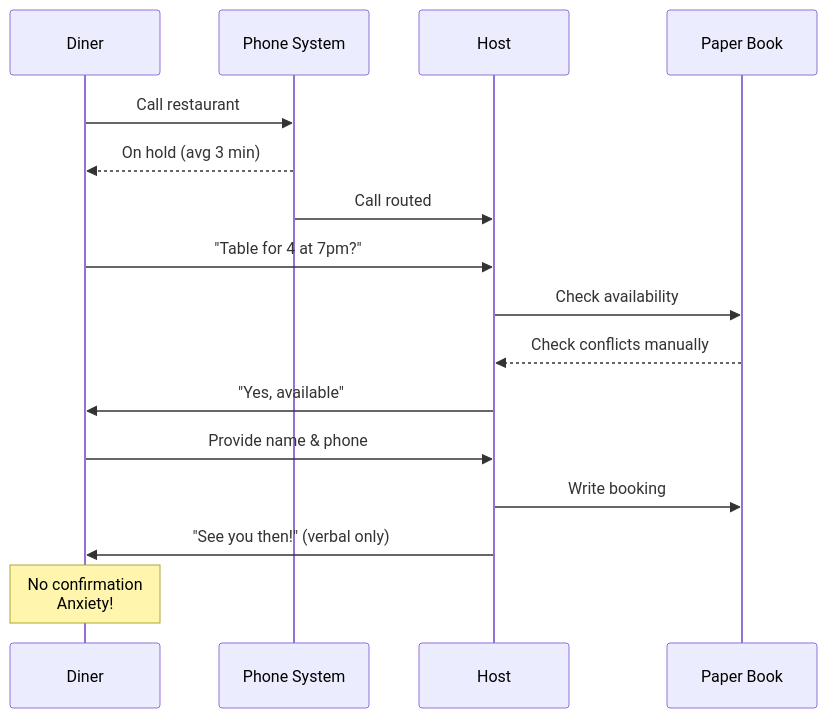
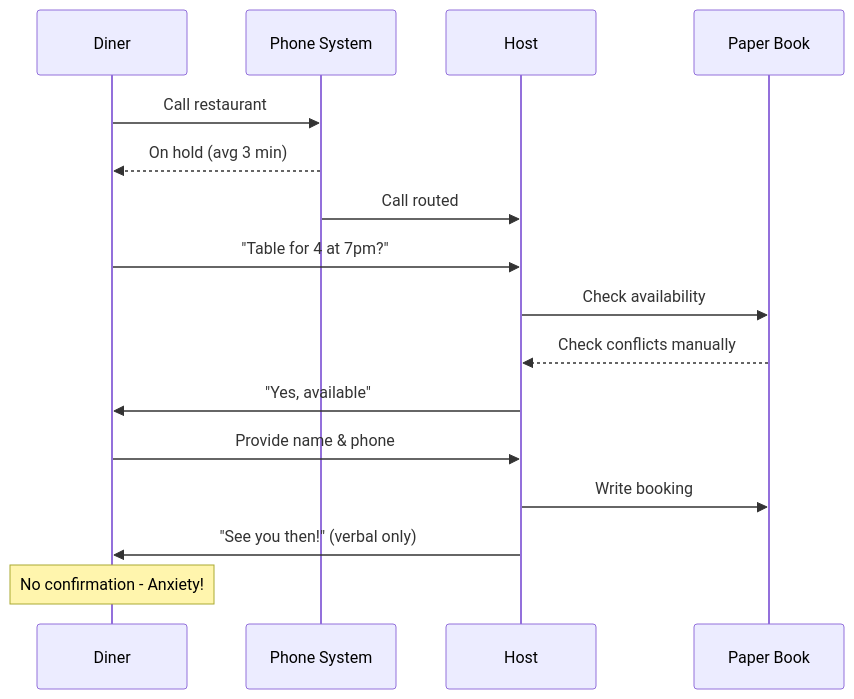
One commit to codezelaca/pm-ba-lifecycle changed the fourth of 5 diagrams in 01-curriculum/03-strategy-analysis.md. Above: the diagram before and after it, drawn with Mermaid. The commit also changed other lines of this file and 11 other files, not shown here.

Commit message:
docs: standardize multi-line text formatting in diagrams and tables by replacing HTML line breaks with hyphens.

````diff
--- a/01-curriculum/03-strategy-analysis.md
+++ b/01-curriculum/03-strategy-analysis.md
@@ -203,19 +203,19 @@
 ```mermaid
 sequenceDiagram
     participant Diner
     participant Phone System
     participant Host
     participant Paper Book
 
     Diner->>Phone System: Call restaurant
     Phone System-->>Diner: On hold (avg 3 min)
     Phone System->>Host: Call routed
     Diner->>Host: "Table for 4 at 7pm?"
     Host->>Paper Book: Check availability
     Paper Book-->>Host: Check conflicts manually
     Host->>Diner: "Yes, available"
     Diner->>Host: Provide name & phone
     Host->>Paper Book: Write booking
     Host->>Diner: "See you then!" (verbal only)
-    Note over Diner: No confirmation<br/>Anxiety!
+    Note over Diner: No confirmation - Anxiety!
 ```
````
